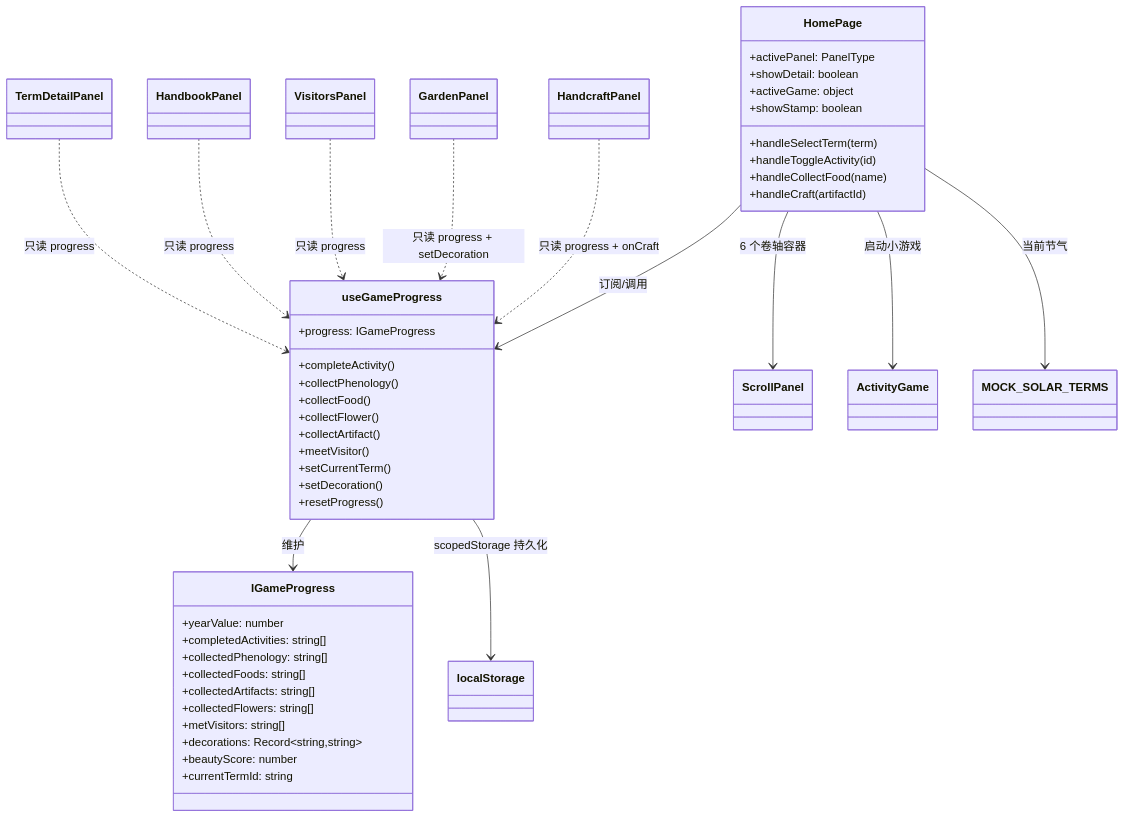
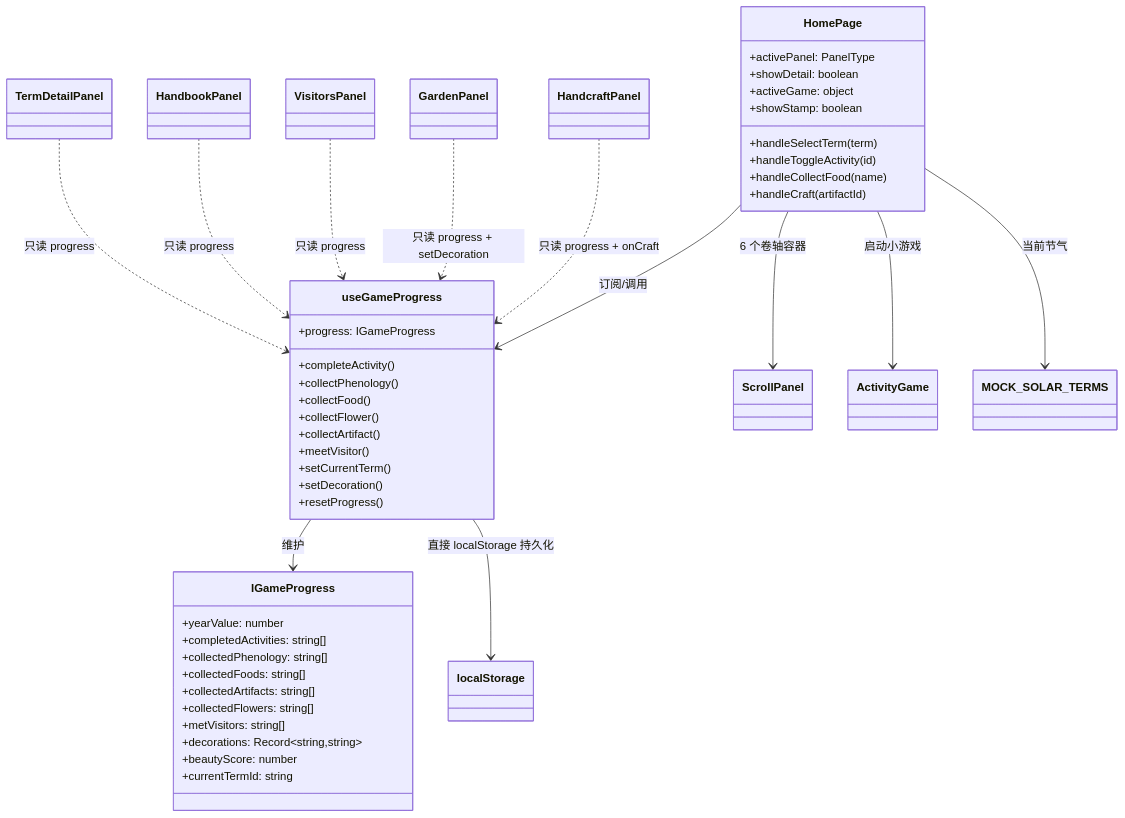
The second of 2 diagrams in ARCHITECTURE.md (likailin1013/24-Solar-Terms), drawn with Mermaid before and after one commit. The commit also changed other lines of this file and 19 other files, not shown here.

````diff
--- a/ARCHITECTURE.md
+++ b/ARCHITECTURE.md
@@ -142,52 +142,52 @@
 ```mermaid
 classDiagram
     class HomePage {
         +activePanel: PanelType
         +showDetail: boolean
         +activeGame: object
         +showStamp: boolean
         +handleSelectTerm(term)
         +handleToggleActivity(id)
         +handleCollectFood(name)
         +handleCraft(artifactId)
     }
     class useGameProgress {
         +progress: IGameProgress
         +completeActivity()
         +collectPhenology()
         +collectFood()
         +collectFlower()
         +collectArtifact()
         +meetVisitor()
         +setCurrentTerm()
         +setDecoration()
         +resetProgress()
     }
     class IGameProgress {
         +yearValue: number
         +completedActivities: string[]
         +collectedPhenology: string[]
         +collectedFoods: string[]
         +collectedArtifacts: string[]
         +collectedFlowers: string[]
         +metVisitors: string[]
         +decorations: Record~string,string~
         +beautyScore: number
         +currentTermId: string
     }
     class ScrollPanel
     class MOCK_SOLAR_TERMS
     class ActivityGame
 
     HomePage --> useGameProgress : 订阅/调用
     HomePage --> ScrollPanel : 6 个卷轴容器
     HomePage --> ActivityGame : 启动小游戏
     HomePage --> MOCK_SOLAR_TERMS : 当前节气
     useGameProgress --> IGameProgress : 维护
-    useGameProgress --> localStorage : scopedStorage 持久化
+    useGameProgress --> localStorage : 直接 localStorage 持久化
     TermDetailPanel ..> useGameProgress : 只读 progress
     HandbookPanel ..> useGameProgress : 只读 progress
     VisitorsPanel ..> useGameProgress : 只读 progress
     GardenPanel ..> useGameProgress : 只读 progress + setDecoration
     HandcraftPanel ..> useGameProgress : 只读 progress + onCraft
 ```
````
